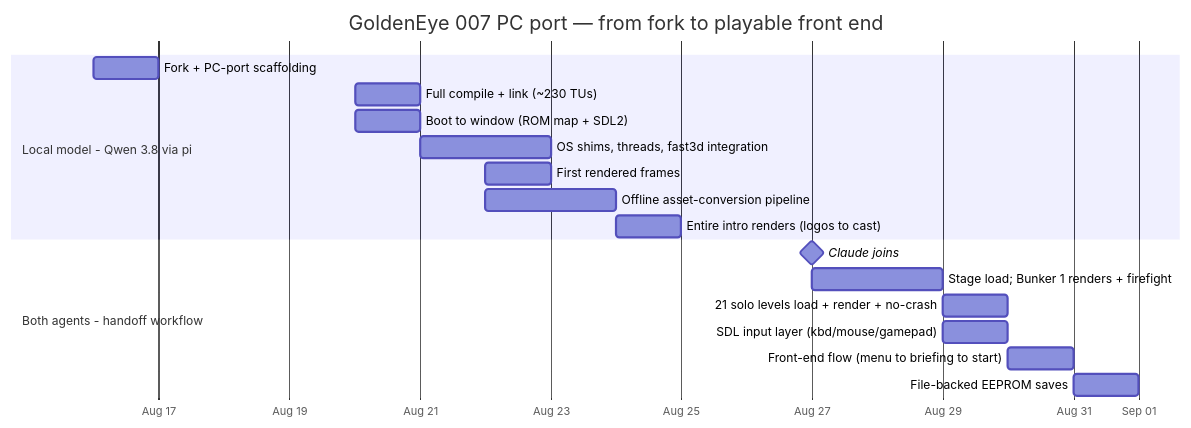
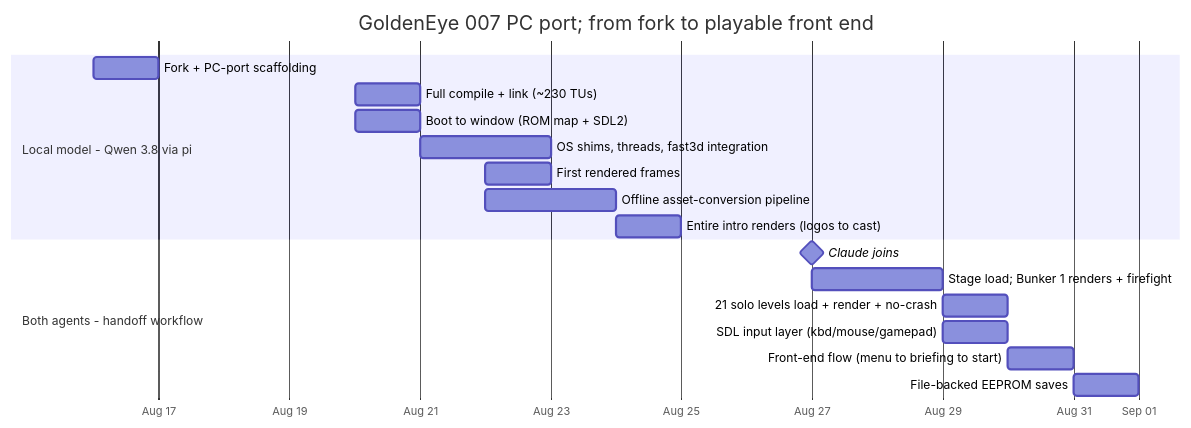
Before and after one commit to Djbrotherson/ge-pc-port: the first of 5 diagrams in docs/dev/agentic-development.md, drawn with Mermaid. The commit also changed other lines of this file and 8 other files, not shown here.

````diff
--- a/docs/dev/agentic-development.md
+++ b/docs/dev/agentic-development.md
@@ -67,21 +67,21 @@
 ```mermaid
 gantt
     dateFormat YYYY-MM-DD
     axisFormat %b %d
-    title GoldenEye 007 PC port — from fork to playable front end
+    title GoldenEye 007 PC port; from fork to playable front end
     section Local model - Qwen 3.8 via pi
     Fork + PC-port scaffolding            :m1, 2026-08-16, 1d
     Full compile + link (~230 TUs)        :m2, 2026-08-20, 1d
     Boot to window (ROM map + SDL2)       :m3, 2026-08-20, 1d
     OS shims, threads, fast3d integration :2026-08-21, 2d
     First rendered frames                 :m4, 2026-08-22, 1d
     Offline asset-conversion pipeline     :2026-08-22, 2d
     Entire intro renders (logos to cast)  :m5, 2026-08-24, 1d
     section Both agents - handoff workflow
     Claude joins                          :milestone, 2026-08-27, 0d
     Stage load; Bunker 1 renders + firefight :2026-08-27, 2d
     21 solo levels load + render + no-crash  :m6, 2026-08-29, 1d
     SDL input layer (kbd/mouse/gamepad)   :2026-08-29, 1d
     Front-end flow (menu to briefing to start) :m7, 2026-08-30, 1d
     File-backed EEPROM saves              :2026-08-31, 1d
 ```
````
